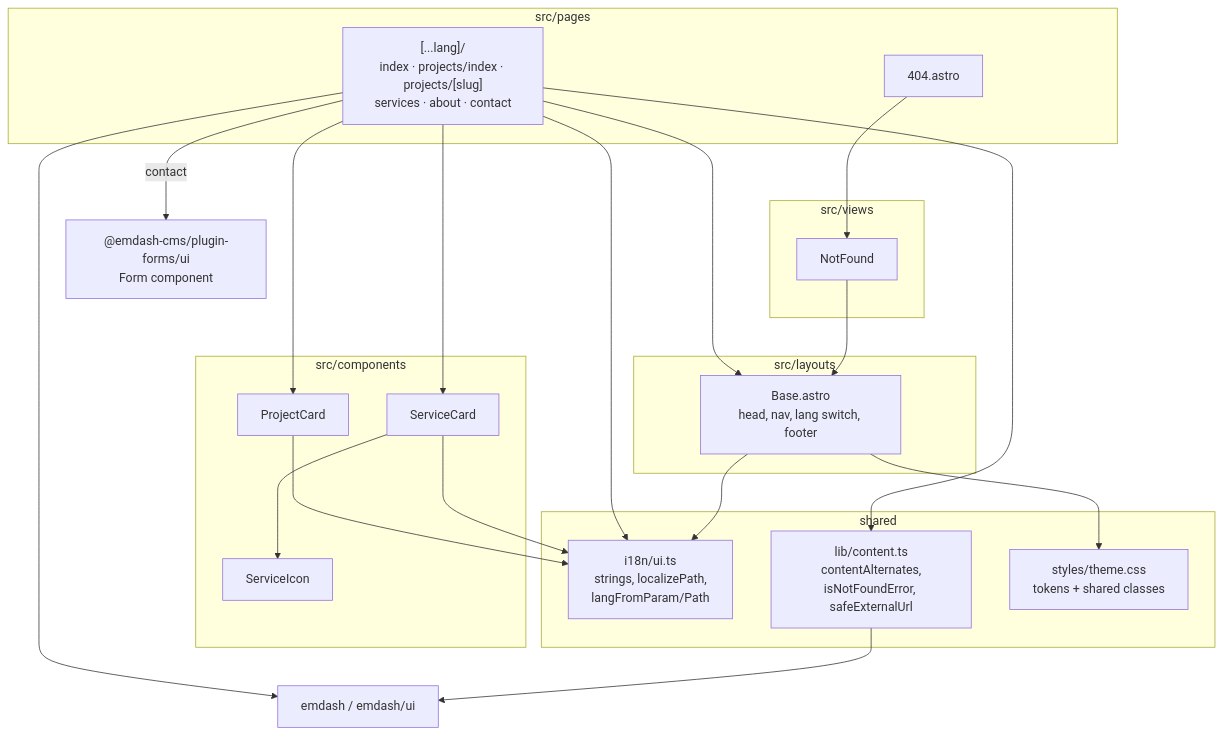
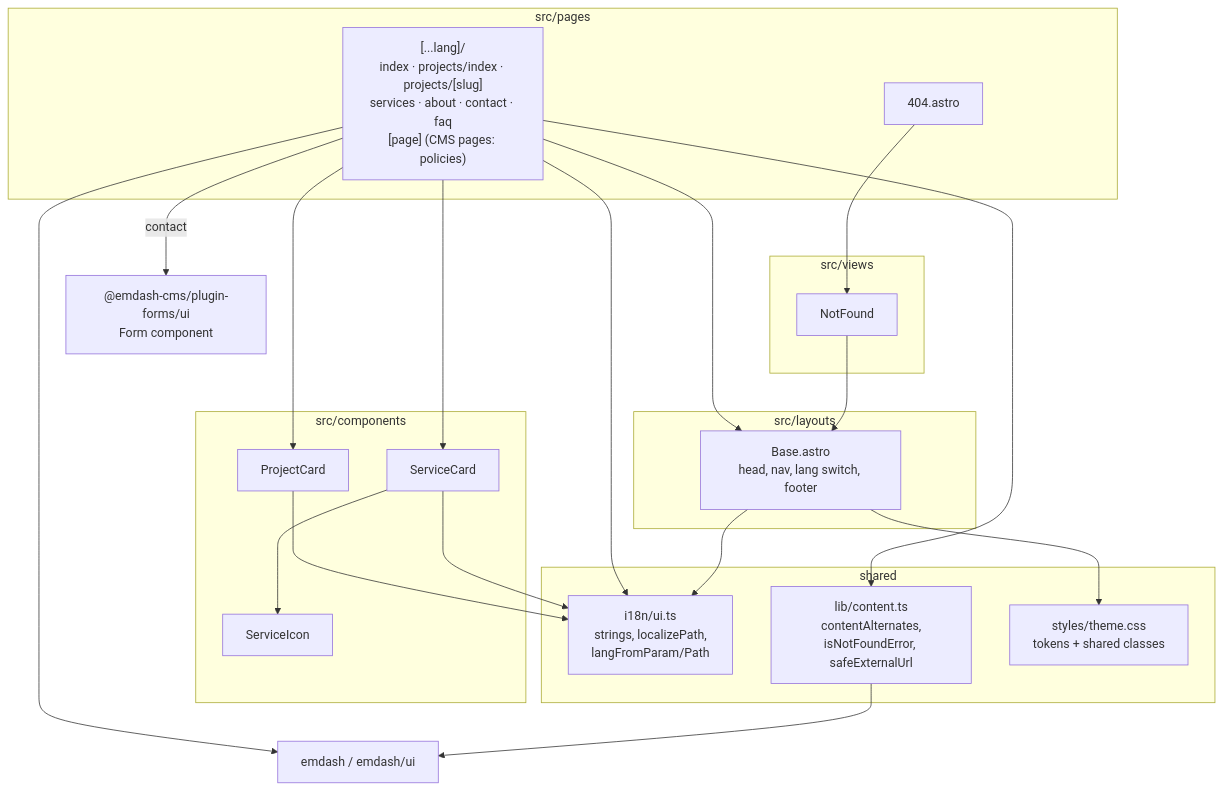
Before and after one commit to TanNgo11/ctstack: the third of 6 diagrams in docs/architecture.md, drawn with Mermaid. The commit also changed other lines of this file and 12 other files, not shown here.

First line of the commit message:
feat: FAQ page and policy pages (plan 005)

````diff
--- a/docs/architecture.md
+++ b/docs/architecture.md
@@ -70,40 +70,40 @@
 ```mermaid
 flowchart TB
     subgraph pages["src/pages"]
-        LANG["[...lang]/<br/>index · projects/index · projects/[slug]<br/>services · about · contact"]
+        LANG["[...lang]/<br/>index · projects/index · projects/[slug]<br/>services · about · contact · faq<br/>[page] (CMS pages: policies)"]
         NF["404.astro"]
     end
     subgraph layout["src/layouts"]
         BASE["Base.astro<br/>head, nav, lang switch, footer"]
     end
     subgraph comps["src/components"]
         PC["ProjectCard"]
         SC["ServiceCard"]
         SI["ServiceIcon"]
     end
     subgraph views["src/views"]
         NFV["NotFound"]
     end
     subgraph lib["shared"]
         I18N["i18n/ui.ts<br/>strings, localizePath,<br/>langFromParam/Path"]
         CONT["lib/content.ts<br/>contentAlternates,<br/>isNotFoundError, safeExternalUrl"]
         THEME["styles/theme.css<br/>tokens + shared classes"]
     end
     EMD["emdash / emdash/ui"]
     FORMS["@emdash-cms/plugin-forms/ui<br/>Form component"]
 
     LANG --> BASE
     LANG --> PC
     LANG --> SC
     LANG --> I18N
     LANG --> CONT
     LANG --> EMD
     LANG -- contact --> FORMS
     NF --> NFV --> BASE
     SC --> SI
     BASE --> I18N
     BASE --> THEME
     PC --> I18N
     SC --> I18N
     CONT --> EMD
 ```
````
